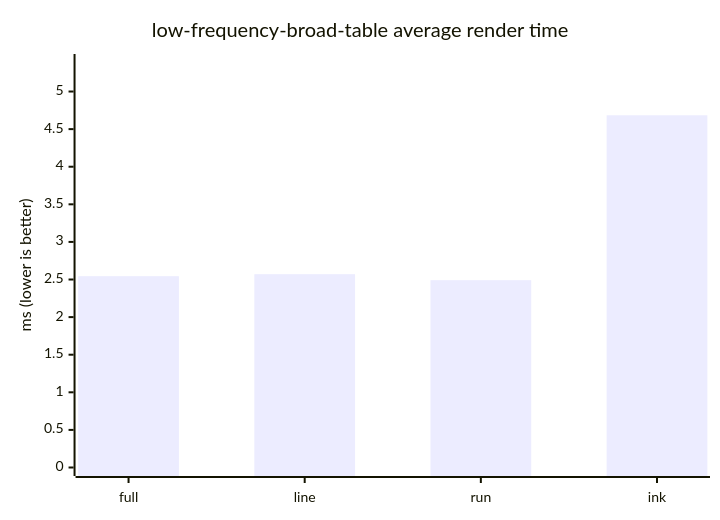
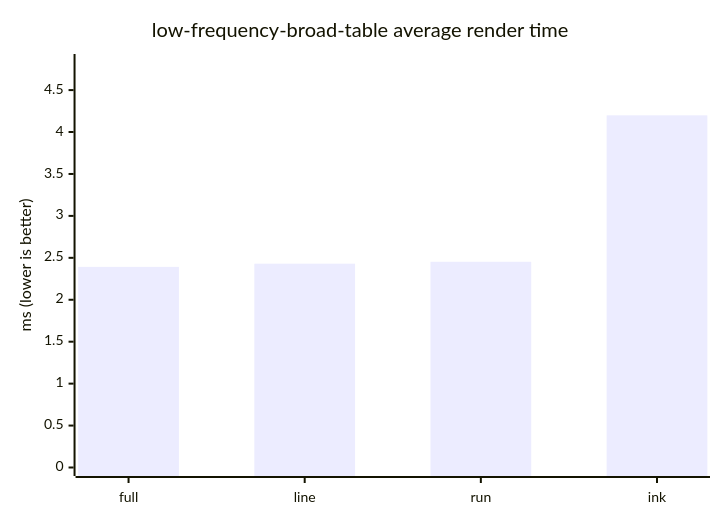
The fifth of 10 diagrams in docs/benchmark.md (ByteLandTechnology/tinky), drawn with Mermaid before and after one commit. The commit also changed other lines of this file and 7 other files, not shown here.

````diff
--- a/docs/benchmark.md
+++ b/docs/benchmark.md
@@ -106,7 +106,7 @@
 ```mermaid
 xychart-beta
     title "low-frequency-broad-table average render time"
     x-axis ["full", "line", "run", "ink"]
-    y-axis "ms (lower is better)" 0 --> 5.386
-    bar [2.544, 2.571, 2.491, 4.684]
+    y-axis "ms (lower is better)" 0 --> 4.829
+    bar [2.392, 2.43, 2.453, 4.199]
 ```
````
